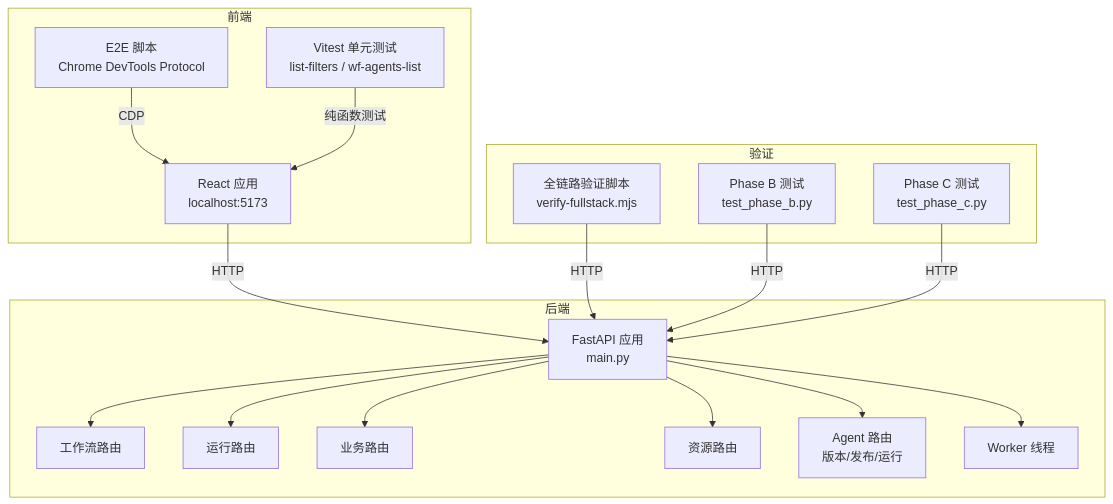
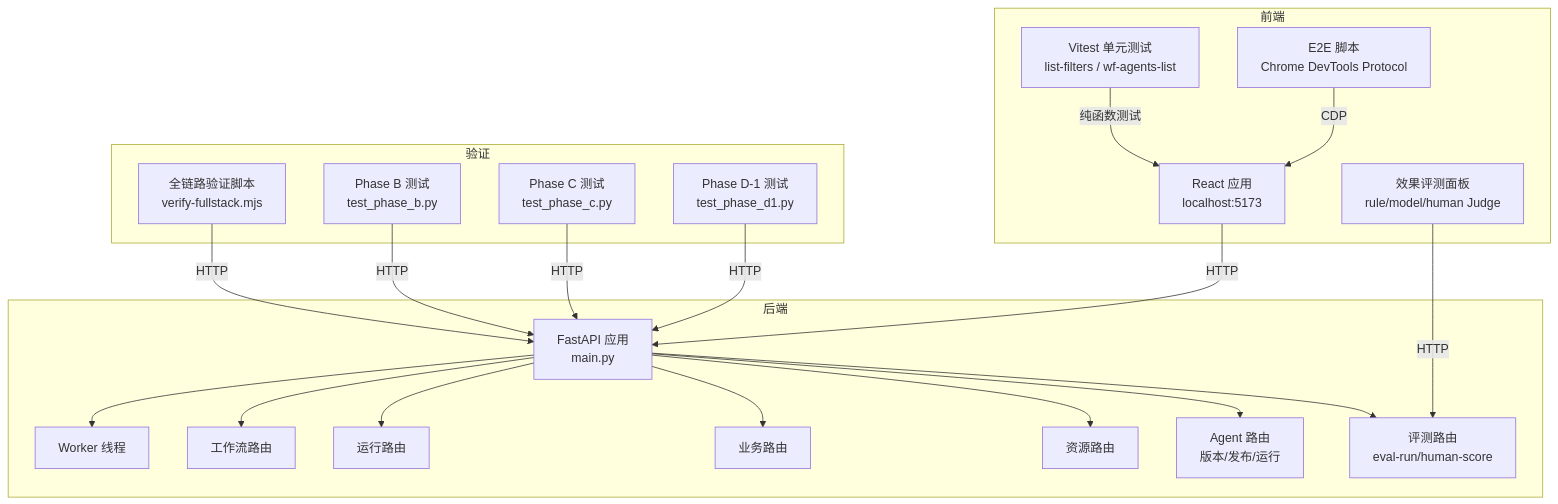
Before and after one commit to huiliuxu780/MoreThanCorn: the first of 2 diagrams in .qoder/repowiki/zh/content/测试与验证体系.md, drawn with Mermaid. The commit also changed other lines of this file and 122 other files, not shown here.

````diff
--- a/.qoder/repowiki/zh/content/测试与验证体系.md
+++ b/.qoder/repowiki/zh/content/测试与验证体系.md
@@ -52,34 +63,40 @@
 ```mermaid
 graph TB
 subgraph "后端"
 A["FastAPI 应用<br/>main.py"]
 R1["工作流路由"]
 R2["运行路由"]
 R3["业务路由"]
 R4["资源路由"]
 R5["Agent 路由<br/>版本/发布/运行"]
+R6["评测路由<br/>eval-run/human-score"]
 W["Worker 线程"]
 end
 subgraph "前端"
 FE["React 应用<br/>localhost:5173"]
 VT["Vitest 单元测试<br/>list-filters / wf-agents-list"]
+EP["效果评测面板<br/>rule/model/human Judge"]
 E2E["E2E 脚本<br/>Chrome DevTools Protocol"]
 end
 subgraph "验证"
 VS["全链路验证脚本<br/>verify-fullstack.mjs"]
 TB["Phase B 测试<br/>test_phase_b.py"]
 TC["Phase C 测试<br/>test_phase_c.py"]
+TD["Phase D-1 测试<br/>test_phase_d1.py"]
 end
 FE --> |HTTP| A
 E2E --> |CDP| FE
 VT --> |纯函数测试| FE
+EP --> |HTTP| R6
 VS --> |HTTP| A
 TB --> |HTTP| A
 TC --> |HTTP| A
+TD --> |HTTP| A
 A --> W
 A --> R1
 A --> R2
 A --> R3
 A --> R4
 A --> R5
+A --> R6
 ```
````
